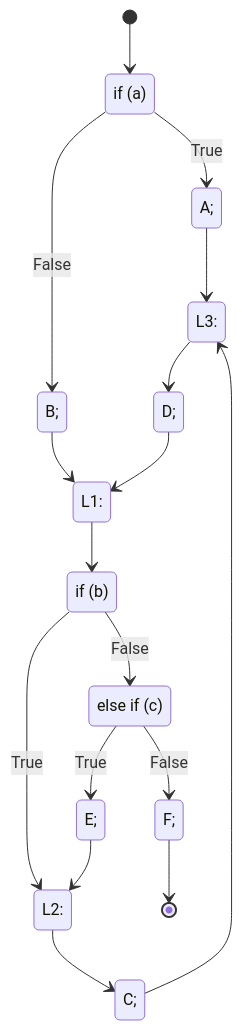
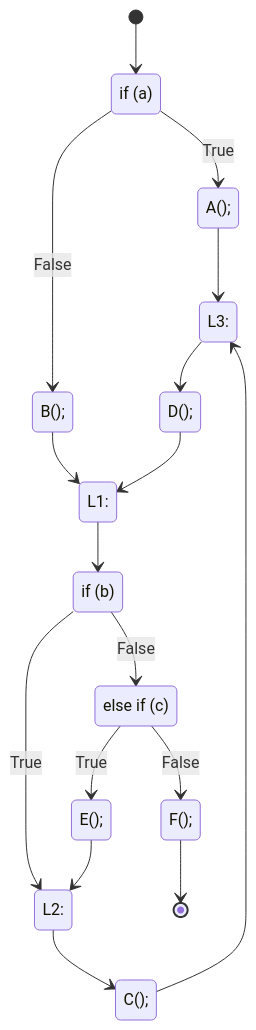
Before and after one commit to polystat/c2eo: the diagram in README.md, drawn with Mermaid. The commit also changed other lines of this file, not shown here.

````diff
--- a/README.md
+++ b/README.md
@@ -1072,31 +1074,31 @@
 ```mermaid
 stateDiagram-v2
     state "if (a)" as if_1
     state "if (b)" as if_2
     state "else if (c)" as if_3
     state "L1:" as L1
     state "L2:" as L2
     state "L3:" as L3
-    state "A;" as A
-    state "B;" as B
-    state "C;" as C
-    state "D;" as D
-    state "E;" as E
-    state "F;" as F
+    state "A();" as A
+    state "B();" as B
+    state "C();" as C
+    state "D();" as D
+    state "E();" as E
+    state "F();" as F
     [*] --> if_1
     if_1 --> A: True
     A --> L3
     if_1 --> B: False
     B --> L1
     L1 --> if_2
     if_2 --> L2: True
     L2 --> C
     C --> L3
     L3 --> D
     D --> L1
     if_2 --> if_3: False
     if_3 --> E: True
     E --> L2
     if_3 --> F: False
     F --> [*]
 ```
````
